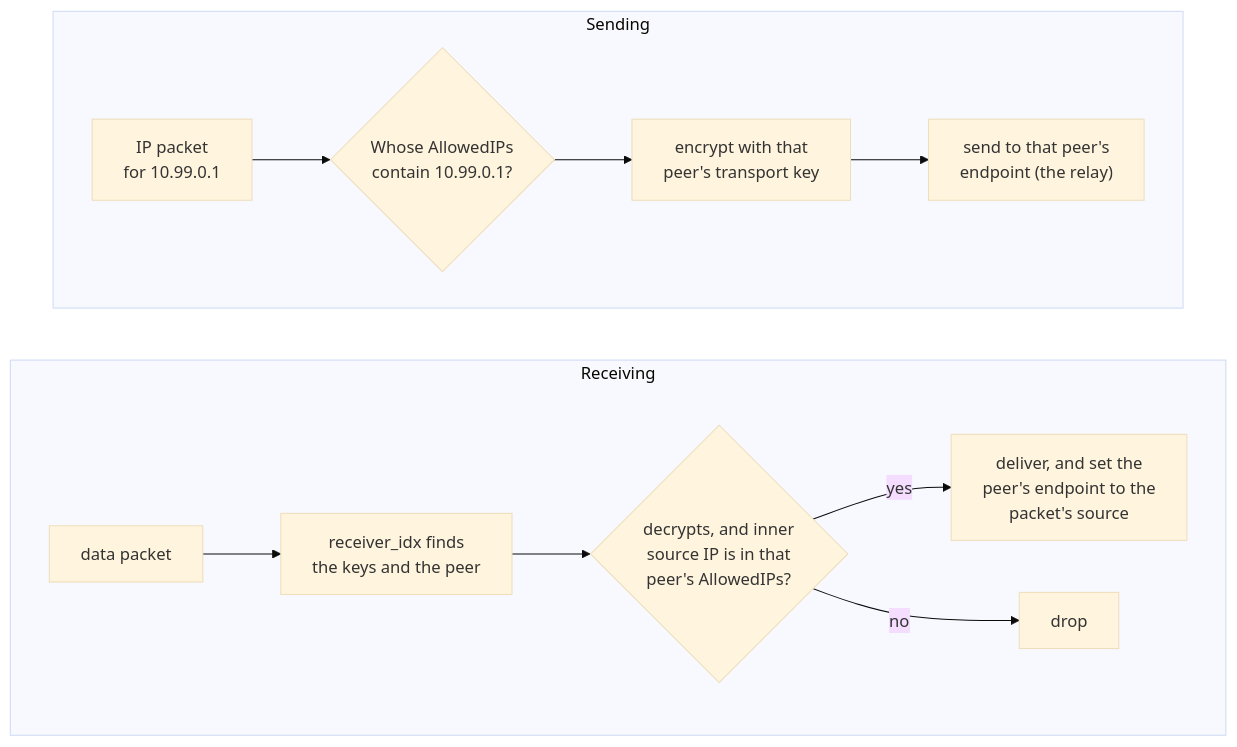
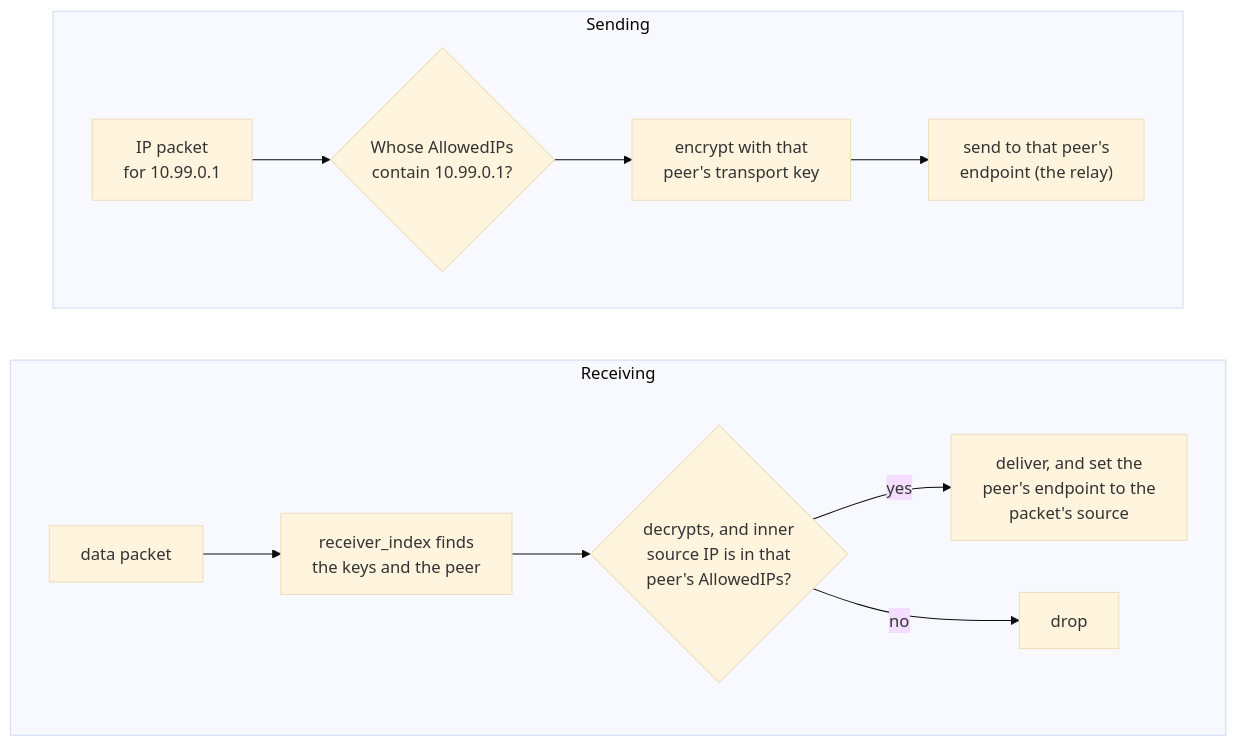
One commit to 3alpha/wg-relay changed the seventh of 23 diagrams in docs/how-it-works.md. Above: the diagram before and after it, drawn with Mermaid (base theme). The commit also changed other lines of this file and 46 other files, not shown here.

````diff
--- a/docs/how-it-works.md
+++ b/docs/how-it-works.md
@@ -262,17 +264,17 @@
 ```mermaid
 flowchart TB
     subgraph sendg["Sending"]
         direction LR
         O1["IP packet<br/>for 10.99.0.1"] --> O2{"Whose AllowedIPs<br/>contain 10.99.0.1?"}
         O2 --> O3["encrypt with that<br/>peer's transport key"]
         O3 --> O4["send to that peer's<br/>endpoint (the relay)"]
     end
     subgraph recvg["Receiving"]
         direction LR
-        I1["data packet"] --> I2["receiver_idx finds<br/>the keys and the peer"]
+        I1["data packet"] --> I2["receiver_index finds<br/>the keys and the peer"]
         I2 --> I3{"decrypts, and inner<br/>source IP is in that<br/>peer's AllowedIPs?"}
         I3 -- yes --> I4["deliver, and set the<br/>peer's endpoint to the<br/>packet's source"]
         I3 -- no --> I5["drop"]
     end
     sendg ~~~ recvg
 ```
````
